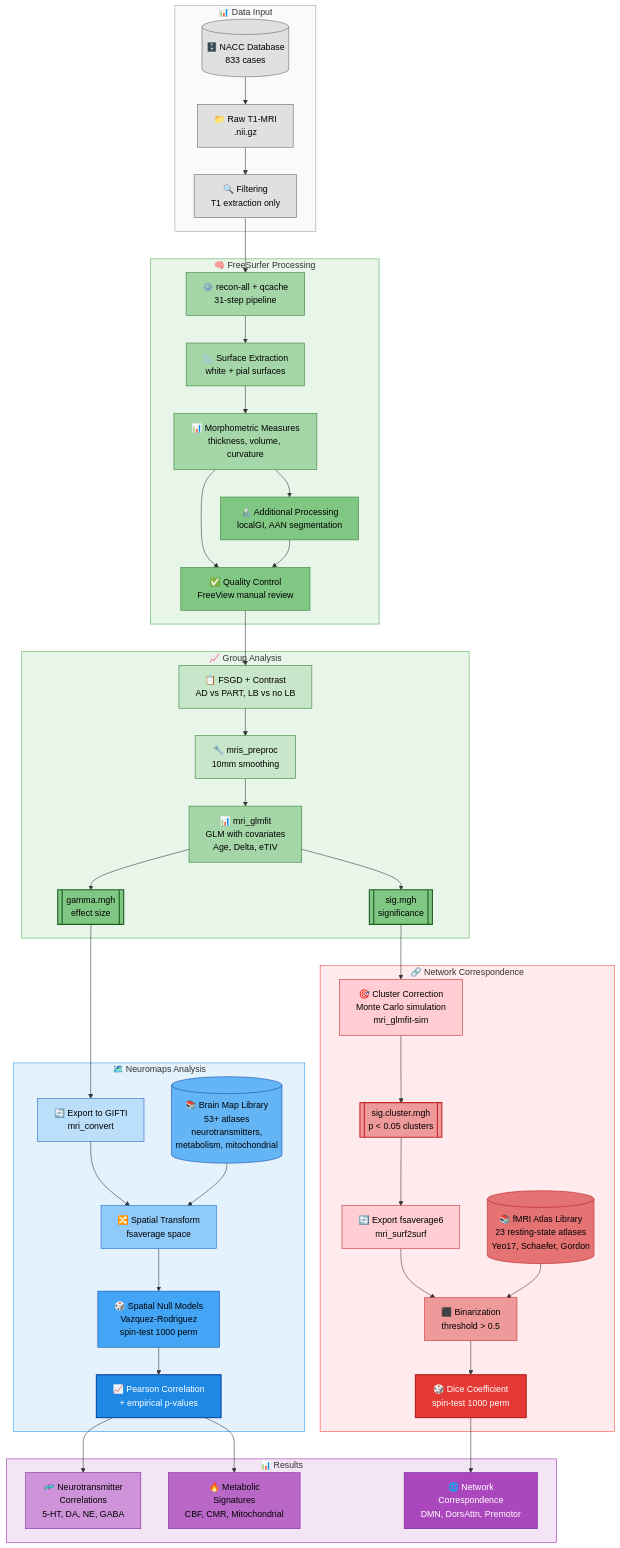
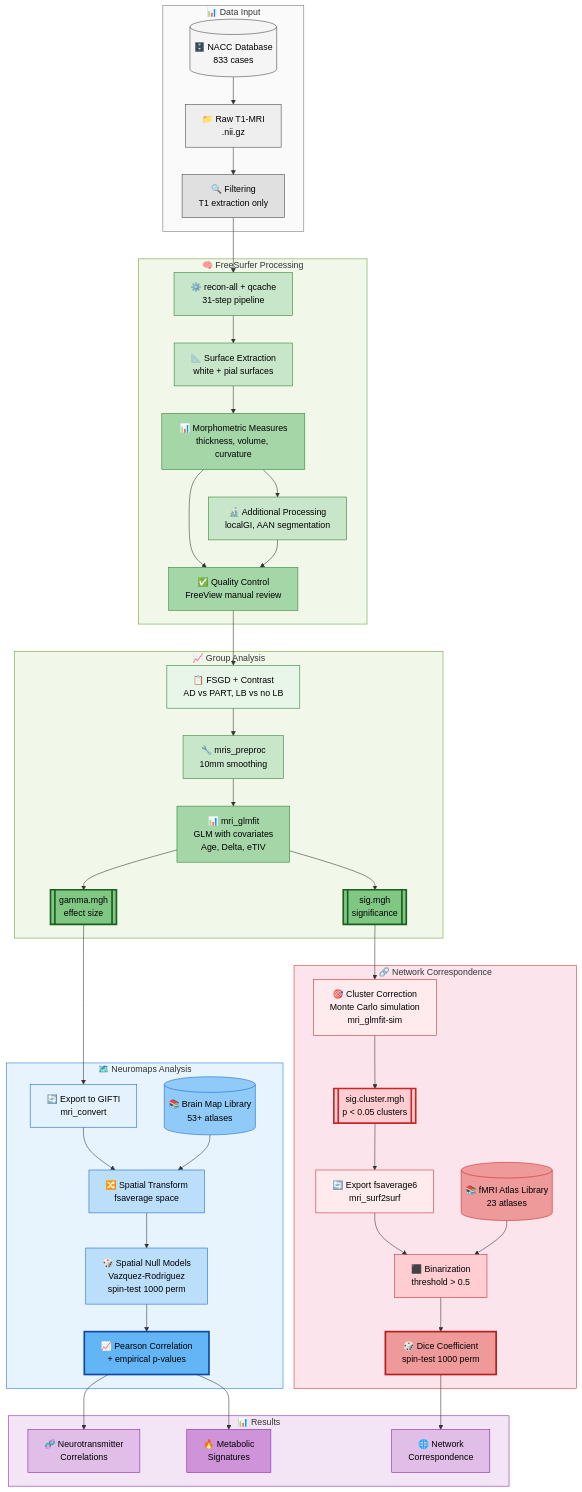
The diagram in README.md (luisAraujo11/Thesis), drawn with Mermaid before and after one commit.

Commit message:
Final MD

````diff
--- a/README.md
+++ b/README.md
@@ -44,7 +44,7 @@
     subgraph NM["🗺️ Neuromaps Analysis"]
         D1["🔄 Export to GIFTI<br/>mri_convert"]
         D2["🔀 Spatial Transform<br/>fsaverage space"]
-        D3[("📚 Brain Map Library<br/>53+ atlases<br/>neurotransmitters,<br/>metabolism, mitochondrial")]
+        D3[("📚 Brain Map Library<br/>53+ atlases")]
         D4["🎲 Spatial Null Models<br/>Vazquez-Rodriguez<br/>spin-test 1000 perm"]
         D5["📈 Pearson Correlation<br/>+ empirical p-values"]
     end
@@ -55,15 +55,15 @@
         E2[["sig.cluster.mgh<br/>p < 0.05 clusters"]]
         E3["🔄 Export fsaverage6<br/>mri_surf2surf"]
         E4["⬛ Binarization<br/>threshold > 0.5"]
-        E5[("📚 fMRI Atlas Library<br/>23 resting-state atlases<br/>Yeo17, Schaefer, Gordon")]
+        E5[("📚 fMRI Atlas Library<br/>23 atlases")]
         E6["🎲 Dice Coefficient<br/>spin-test 1000 perm"]
     end
     
     %% ============ RESULTS ============
     subgraph RES["📊 Results"]
-        F1["🧬 Neurotransmitter<br/>Correlations<br/>5-HT, DA, NE, GABA"]
-        F2["🔥 Metabolic<br/>Signatures<br/>CBF, CMR, Mitochondrial"]
-        F3["🌐 Network<br/>Correspondence<br/>DMN, DorsAttn, Premotor"]
+        F1["🧬 Neurotransmitter<br/>Correlations"]
+        F2["🔥 Metabolic<br/>Signatures"]
+        F3["🌐 Network<br/>Correspondence"]
     end
     
     %% ============ CONNECTIONS ============
@@ -93,51 +93,51 @@
     D5 --> F2
     E6 --> F3
     
-    %% ============ STYLING ============
-    %% Input - Gray
-    style A1 fill:#e0e0e0,stroke:#616161,color:#000
-    style A2 fill:#e0e0e0,stroke:#616161,color:#000
-    style A3 fill:#e0e0e0,stroke:#616161,color:#000
+    %% ============ STYLING - HIGH CONTRAST ============
+    %% Input - Light Gray with BLACK text
+    style A1 fill:#f5f5f5,stroke:#424242,color:#000000
+    style A2 fill:#eeeeee,stroke:#424242,color:#000000
+    style A3 fill:#e0e0e0,stroke:#424242,color:#000000
     
-    %% FreeSurfer - Green
-    style B1 fill:#a5d6a7,stroke:#2e7d32,color:#000
-    style B2 fill:#a5d6a7,stroke:#2e7d32,color:#000
-    style B3 fill:#a5d6a7,stroke:#2e7d32,color:#000
-    style B4 fill:#81c784,stroke:#2e7d32,color:#000
-    style B5 fill:#81c784,stroke:#2e7d32,color:#000
+    %% FreeSurfer - Light Green with BLACK text
+    style B1 fill:#c8e6c9,stroke:#2e7d32,color:#000000
+    style B2 fill:#c8e6c9,stroke:#2e7d32,color:#000000
+    style B3 fill:#a5d6a7,stroke:#2e7d32,color:#000000
+    style B4 fill:#c8e6c9,stroke:#2e7d32,color:#000000
+    style B5 fill:#a5d6a7,stroke:#2e7d32,color:#000000
     
-    %% Group Analysis - Green
-    style C1 fill:#c8e6c9,stroke:#2e7d32,color:#000
-    style C2 fill:#c8e6c9,stroke:#2e7d32,color:#000
-    style C3 fill:#a5d6a7,stroke:#2e7d32,color:#000
-    style C4 fill:#81c784,stroke:#1b5e20,color:#000,stroke-width:2px
-    style C5 fill:#81c784,stroke:#1b5e20,color:#000,stroke-width:2px
+    %% Group Analysis - Light Green with BLACK text
+    style C1 fill:#e8f5e9,stroke:#2e7d32,color:#000000
+    style C2 fill:#c8e6c9,stroke:#2e7d32,color:#000000
+    style C3 fill:#a5d6a7,stroke:#2e7d32,color:#000000
+    style C4 fill:#81c784,stroke:#1b5e20,color:#000000,stroke-width:3px
+    style C5 fill:#81c784,stroke:#1b5e20,color:#000000,stroke-width:3px
     
-    %% Neuromaps - Blue
-    style D1 fill:#bbdefb,stroke:#1565c0,color:#000
-    style D2 fill:#90caf9,stroke:#1565c0,color:#000
-    style D3 fill:#64b5f6,stroke:#0d47a1,color:#000
-    style D4 fill:#42a5f5,stroke:#0d47a1,color:#000
-    style D5 fill:#1e88e5,stroke:#0d47a1,color:#fff,stroke-width:2px
+    %% Neuromaps - Light Blue with BLACK text
+    style D1 fill:#e3f2fd,stroke:#1565c0,color:#000000
+    style D2 fill:#bbdefb,stroke:#1565c0,color:#000000
+    style D3 fill:#90caf9,stroke:#1565c0,color:#000000
+    style D4 fill:#bbdefb,stroke:#1565c0,color:#000000
+    style D5 fill:#64b5f6,stroke:#0d47a1,color:#000000,stroke-width:3px
     
-    %% NCT - Red/Pink
-    style E1 fill:#ffcdd2,stroke:#c62828,color:#000
-    style E2 fill:#ef9a9a,stroke:#c62828,color:#000,stroke-width:2px
-    style E3 fill:#ffcdd2,stroke:#c62828,color:#000
-    style E4 fill:#ef9a9a,stroke:#c62828,color:#000
-    style E5 fill:#e57373,stroke:#b71c1c,color:#000
-    style E6 fill:#e53935,stroke:#b71c1c,color:#fff,stroke-width:2px
+    %% NCT - Light Pink/Red with BLACK text
+    style E1 fill:#ffebee,stroke:#c62828,color:#000000
+    style E2 fill:#ffcdd2,stroke:#c62828,color:#000000,stroke-width:3px
+    style E3 fill:#ffebee,stroke:#c62828,color:#000000
+    style E4 fill:#ffcdd2,stroke:#c62828,color:#000000
+    style E5 fill:#ef9a9a,stroke:#c62828,color:#000000
+    style E6 fill:#ef9a9a,stroke:#b71c1c,color:#000000,stroke-width:3px
     
-    %% Results - Purple
-    style F1 fill:#ce93d8,stroke:#7b1fa2,color:#000
-    style F2 fill:#ba68c8,stroke:#7b1fa2,color:#000
-    style F3 fill:#ab47bc,stroke:#6a1b9a,color:#fff
+    %% Results - Light Purple with BLACK text
+    style F1 fill:#e1bee7,stroke:#7b1fa2,color:#000000
+    style F2 fill:#ce93d8,stroke:#7b1fa2,color:#000000
+    style F3 fill:#e1bee7,stroke:#7b1fa2,color:#000000
     
     %% Subgraph styling
-    style INPUT fill:#fafafa,stroke:#9e9e9e
-    style FS fill:#e8f5e9,stroke:#4caf50
-    style GA fill:#e8f5e9,stroke:#4caf50
-    style NM fill:#e3f2fd,stroke:#2196f3
-    style NCT fill:#ffebee,stroke:#f44336
-    style RES fill:#f3e5f5,stroke:#9c27b0
+    style INPUT fill:#fafafa,stroke:#757575
+    style FS fill:#f1f8e9,stroke:#689f38
+    style GA fill:#f1f8e9,stroke:#689f38
+    style NM fill:#e8f4fd,stroke:#1976d2
+    style NCT fill:#fce4ec,stroke:#d32f2f
+    style RES fill:#f3e5f5,stroke:#8e24aa
 ```
````
